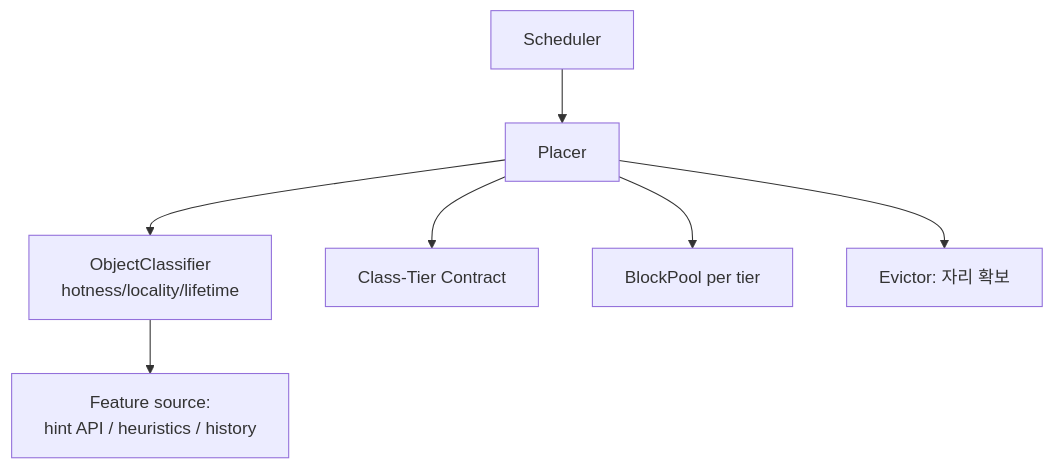
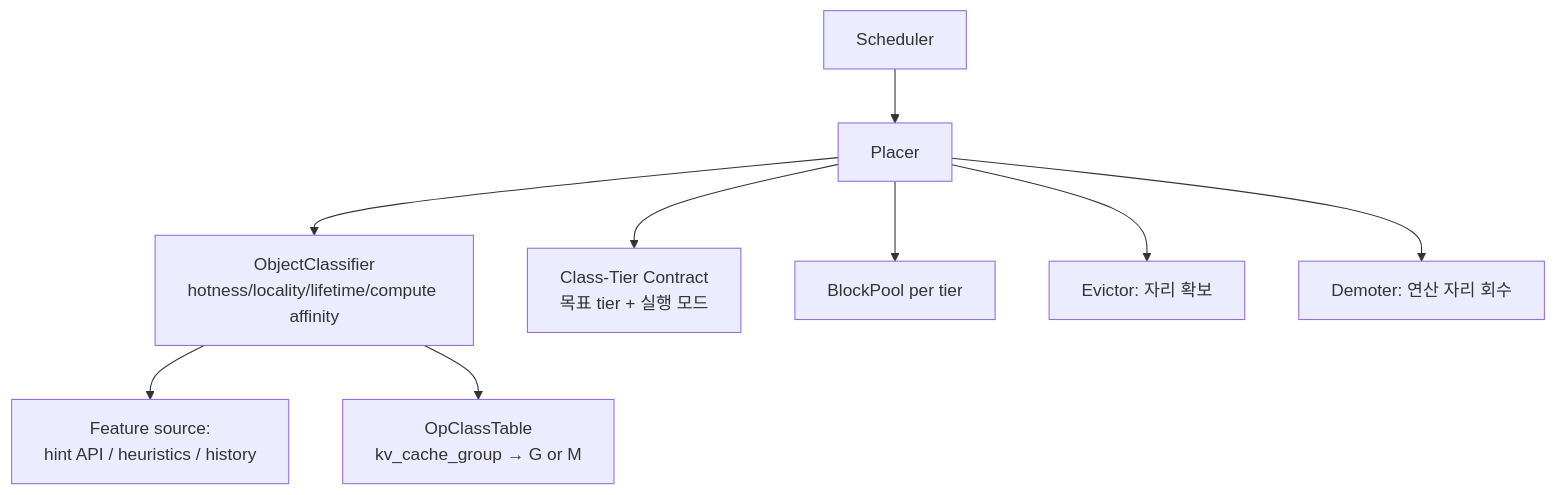
Before and after one commit to mkim0628/vllm: the second of 8 diagrams in doc-mk/vllm-dp1-placement-decision-basis.md, drawn with Mermaid. The commit also changed other lines of this file, not shown here.

````diff
--- a/doc-mk/vllm-dp1-placement-decision-basis.md
+++ b/doc-mk/vllm-dp1-placement-decision-basis.md
@@ -296,9 +366,11 @@
 ```mermaid
 flowchart TD
   S[Scheduler] --> P[Placer]
-  P --> C[ObjectClassifier<br/>hotness/locality/lifetime]
+  P --> C[ObjectClassifier<br/>hotness/locality/lifetime/compute affinity]
   C --> E[Feature source:<br/>hint API / heuristics / history]
-  P --> K[Class-Tier Contract]
+  C --> O[OpClassTable<br/>kv_cache_group → G or M]
+  P --> K[Class-Tier Contract<br/>목표 tier + 실행 모드]
   P --> B[BlockPool per tier]
   P --> V[Evictor: 자리 확보]
+  P --> W[Demoter: 연산 자리 회수]
 ```
````
